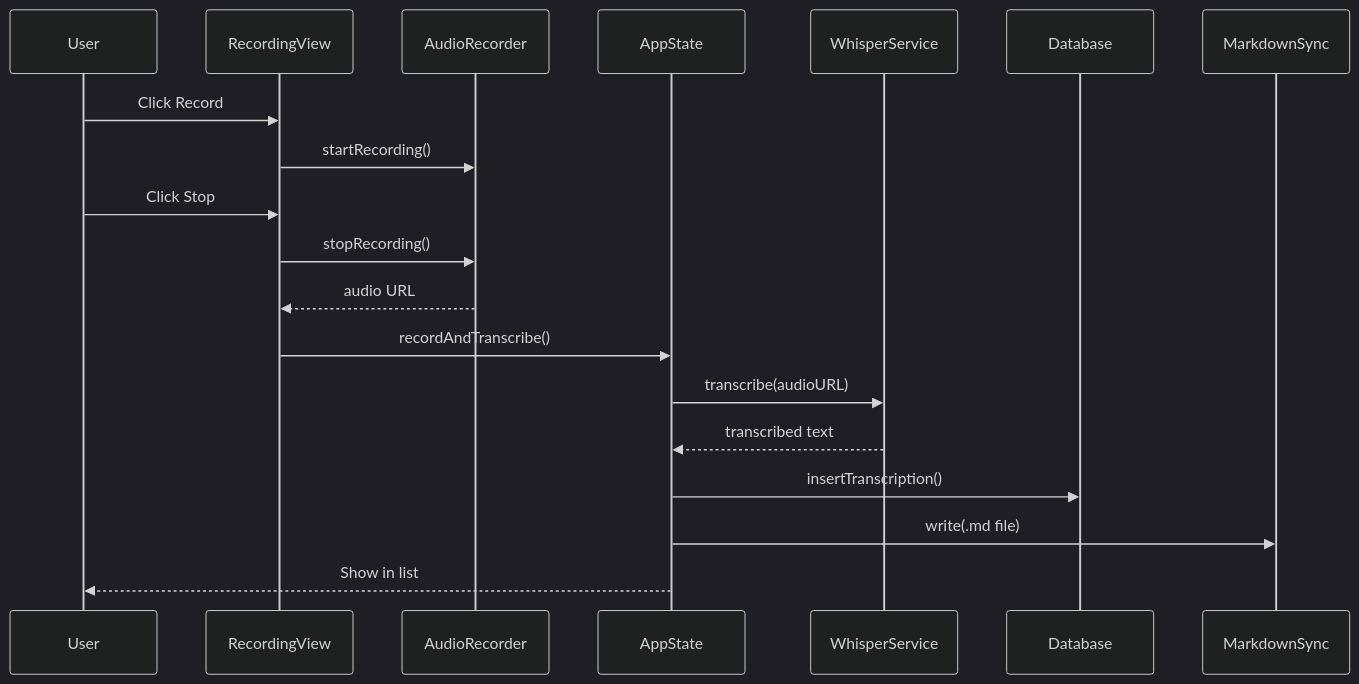
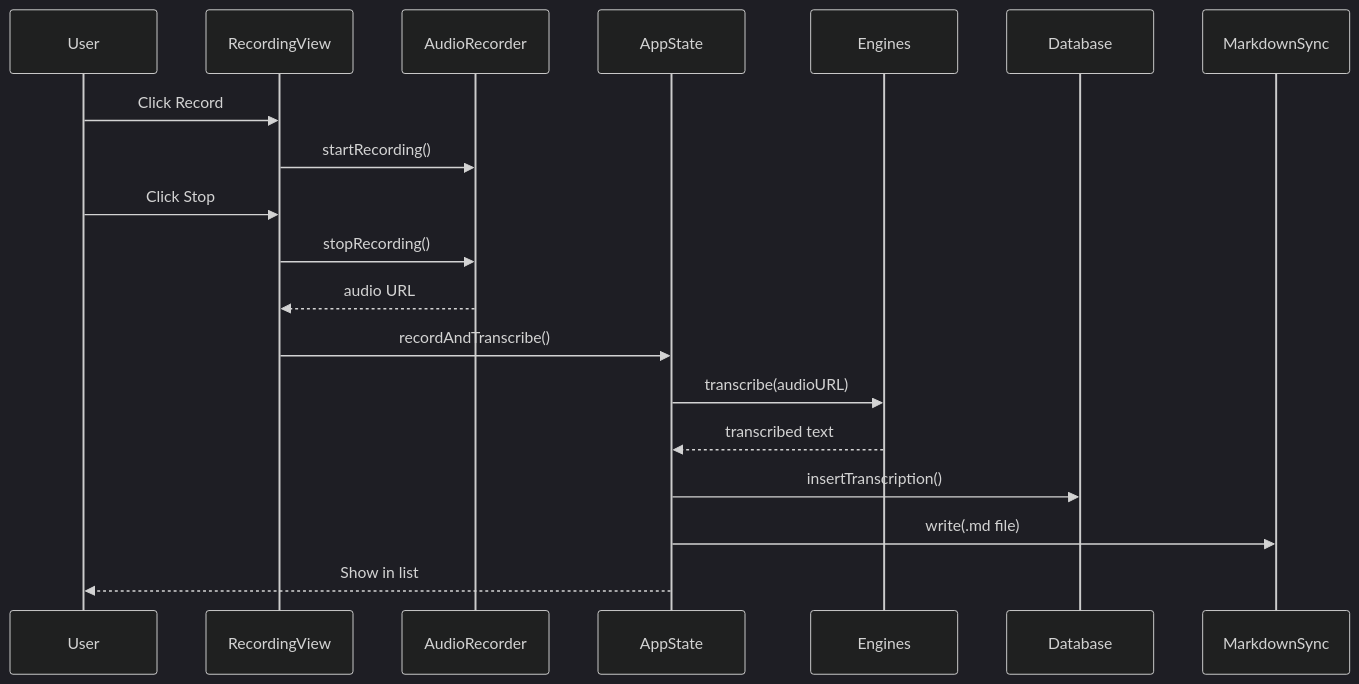
Before and after one commit to reidemeister94/whisper-notes: the second of 4 diagrams in ARCHITECTURE.md, drawn with Mermaid (dark theme). The commit also changed other lines of this file and 7 other files, not shown here.

````diff
--- a/ARCHITECTURE.md
+++ b/ARCHITECTURE.md
@@ -31,22 +33,22 @@
 ```mermaid
 sequenceDiagram
     participant User
     participant RecordingView
     participant AudioRecorder
     participant AppState
-    participant WhisperService
+    participant Engines
     participant Database
     participant MarkdownSync
 
     User->>RecordingView: Click Record
     RecordingView->>AudioRecorder: startRecording()
     User->>RecordingView: Click Stop
     RecordingView->>AudioRecorder: stopRecording()
     AudioRecorder-->>RecordingView: audio URL
     RecordingView->>AppState: recordAndTranscribe()
-    AppState->>WhisperService: transcribe(audioURL)
-    WhisperService-->>AppState: transcribed text
+    AppState->>Engines: transcribe(audioURL)
+    Engines-->>AppState: transcribed text
     AppState->>Database: insertTranscription()
     AppState->>MarkdownSync: write(.md file)
     AppState-->>User: Show in list
 ```
````
